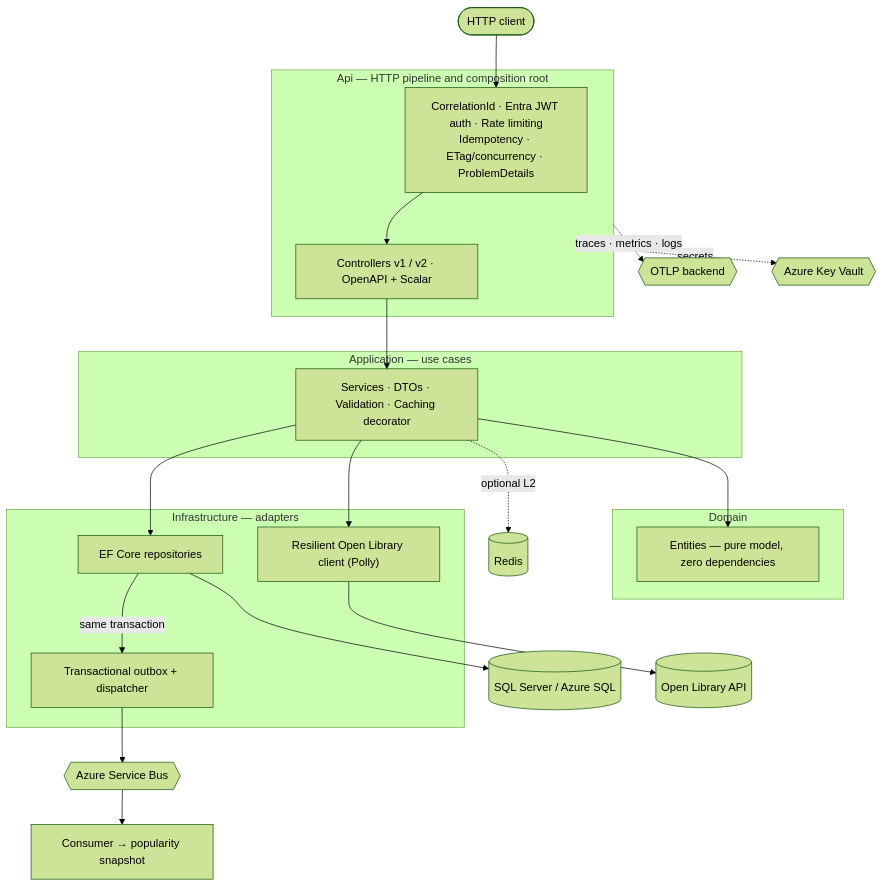
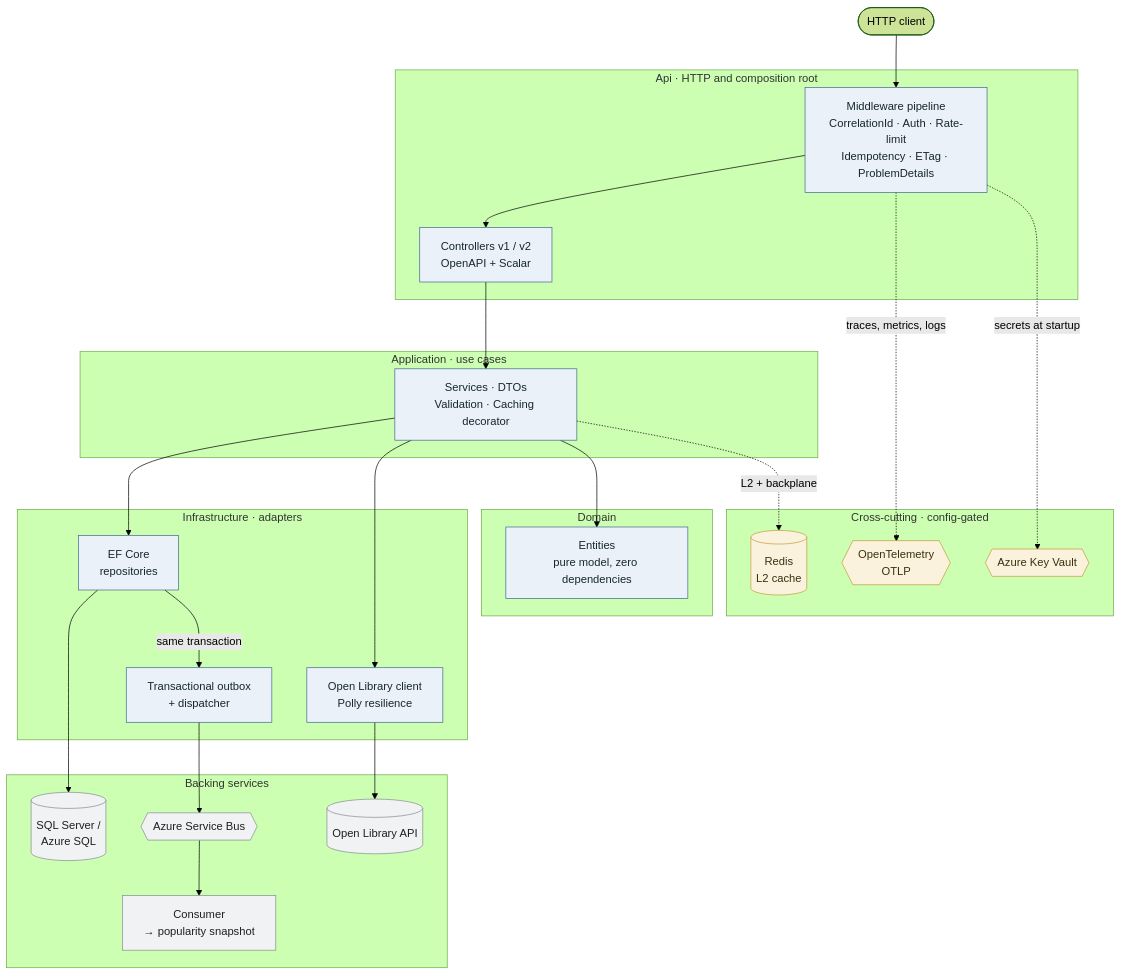
Before and after one commit to riccardodema/WebApiPlayground: the diagram in README.md, drawn with Mermaid (forest theme). The commit also changed other lines of this file, not shown here.

Commit message:
docs(presentation): polish the guided-tour mermaid diagram (#38)
Same content, cleaner visuals — addresses overlapping labels/arrows and
general readability:

- Group the previously-scattered external nodes into two clusters
  (Backing services; Cross-cutting) so the layout engine keeps them tidy.
- Color-code by role (muted palette): layers / backing services /
  config-gated cross-cutting, plus a short legend under the diagram.
- Anchor the cross-cutting dotted edges on concrete nodes (Pipeline,
  Services) instead of the Api subgraph box — the main cause of the
  awkward routing.
- Two-line node labels and plain-word edge labels (no middots in arrows)
  to stop labels colliding.

````diff
--- a/README.md
+++ b/README.md
@@ -28,37 +28,56 @@
 ```mermaid
 flowchart TB
     Client(["HTTP client"])
 
-    subgraph Api["Api — HTTP pipeline and composition root"]
-        Pipeline["CorrelationId · Entra JWT auth · Rate limiting<br/>Idempotency · ETag/concurrency · ProblemDetails"]
-        Controllers["Controllers v1 / v2 · OpenAPI + Scalar"]
+    subgraph Api["Api · HTTP and composition root"]
+        Pipeline["Middleware pipeline<br/>CorrelationId · Auth · Rate-limit<br/>Idempotency · ETag · ProblemDetails"]
+        Controllers["Controllers v1 / v2<br/>OpenAPI + Scalar"]
     end
 
-    subgraph Application["Application — use cases"]
-        Services["Services · DTOs · Validation · Caching decorator"]
+    subgraph Application["Application · use cases"]
+        Services["Services · DTOs<br/>Validation · Caching decorator"]
     end
 
     subgraph Domain["Domain"]
-        Entities["Entities — pure model, zero dependencies"]
+        Entities["Entities<br/>pure model, zero dependencies"]
     end
 
-    subgraph Infrastructure["Infrastructure — adapters"]
-        Repositories["EF Core repositories"]
-        Outbox["Transactional outbox + dispatcher"]
-        Popularity["Resilient Open Library client (Polly)"]
+    subgraph Infrastructure["Infrastructure · adapters"]
+        Repositories["EF Core<br/>repositories"]
+        Outbox["Transactional outbox<br/>+ dispatcher"]
+        Popularity["Open Library client<br/>Polly resilience"]
+    end
+
+    subgraph Backing["Backing services"]
+        SQL[("SQL Server /<br/>Azure SQL")]
+        Bus{{"Azure Service Bus"}}
+        Consumer["Consumer<br/>→ popularity snapshot"]
+        OpenLib[("Open Library API")]
+    end
+
+    subgraph Xcut["Cross-cutting · config-gated"]
+        Redis[("Redis<br/>L2 cache")]
+        Otel{{"OpenTelemetry<br/>OTLP"}}
+        Vault{{"Azure Key Vault"}}
     end
 
     Client --> Pipeline --> Controllers --> Services
-    Services --> Entities
     Services --> Repositories
     Services --> Popularity
-    Repositories --> SQL[("SQL Server / Azure SQL")]
+    Services --> Entities
+    Repositories --> SQL
     Repositories -->|same transaction| Outbox
-    Outbox --> SB{{"Azure Service Bus"}}
-    SB --> Consumer["Consumer → popularity snapshot"]
-    Popularity --> OL[("Open Library API")]
+    Outbox --> Bus --> Consumer
+    Popularity --> OpenLib
 
-    Services -.->|optional L2| Redis[("Redis")]
-    Api -.->|traces · metrics · logs| Otel{{"OTLP backend"}}
-    Api -.->|secrets| KV{{"Azure Key Vault"}}
+    Services -.->|L2 + backplane| Redis
+    Pipeline -.->|traces, metrics, logs| Otel
+    Pipeline -.->|secrets at startup| Vault
+
+    classDef layer fill:#eaf1f8,stroke:#41698f,color:#17262f;
+    classDef ext fill:#f1f2f3,stroke:#868c92,color:#1d1f21;
+    classDef cut fill:#fbf2dd,stroke:#c39b3a,color:#3a2f10;
+    class Pipeline,Controllers,Services,Entities,Repositories,Outbox,Popularity layer
+    class SQL,Bus,Consumer,OpenLib ext
+    class Redis,Otel,Vault cut
 ```
````
